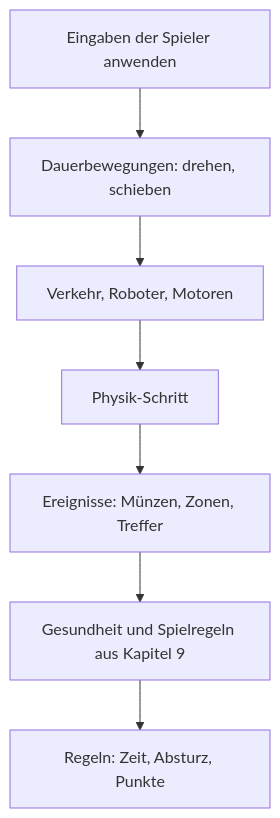
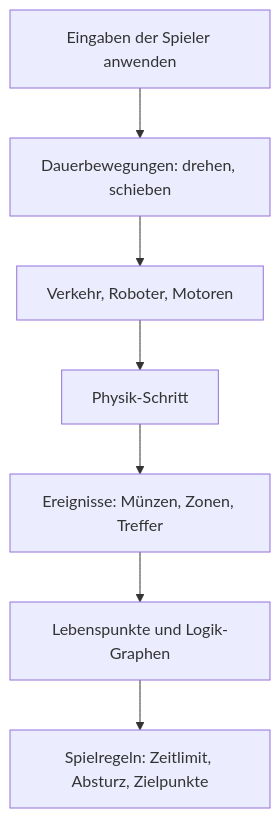
Before and after one commit to ChristianHohlfeld/kernengine.de: the second of 2 diagrams in kern/docs/buch-gruen/08-spiel-laufzeit.md, drawn with Mermaid. The commit also changed other lines of this file and 9 other files, not shown here.

````diff
--- a/kern/docs/buch-gruen/08-spiel-laufzeit.md
+++ b/kern/docs/buch-gruen/08-spiel-laufzeit.md
@@ -358,9 +343,10 @@
 ```mermaid
+%% Bildunterschrift: Die feste Reihenfolge in einem Physikschritt
 flowchart TD
   A[Eingaben der Spieler anwenden] --> B[Dauerbewegungen: drehen, schieben]
   B --> C[Verkehr, Roboter, Motoren]
   C --> D[Physik-Schritt]
   D --> E[Ereignisse: Münzen, Zonen, Treffer]
-  E --> F[Gesundheit und Spielregeln aus Kapitel 9]
-  F --> G[Regeln: Zeit, Absturz, Punkte]
+  E --> F["Lebenspunkte und Logik-Graphen"]
+  F --> G["Spielregeln: Zeitlimit, Absturz, Zielpunkte"]
 ```
````
